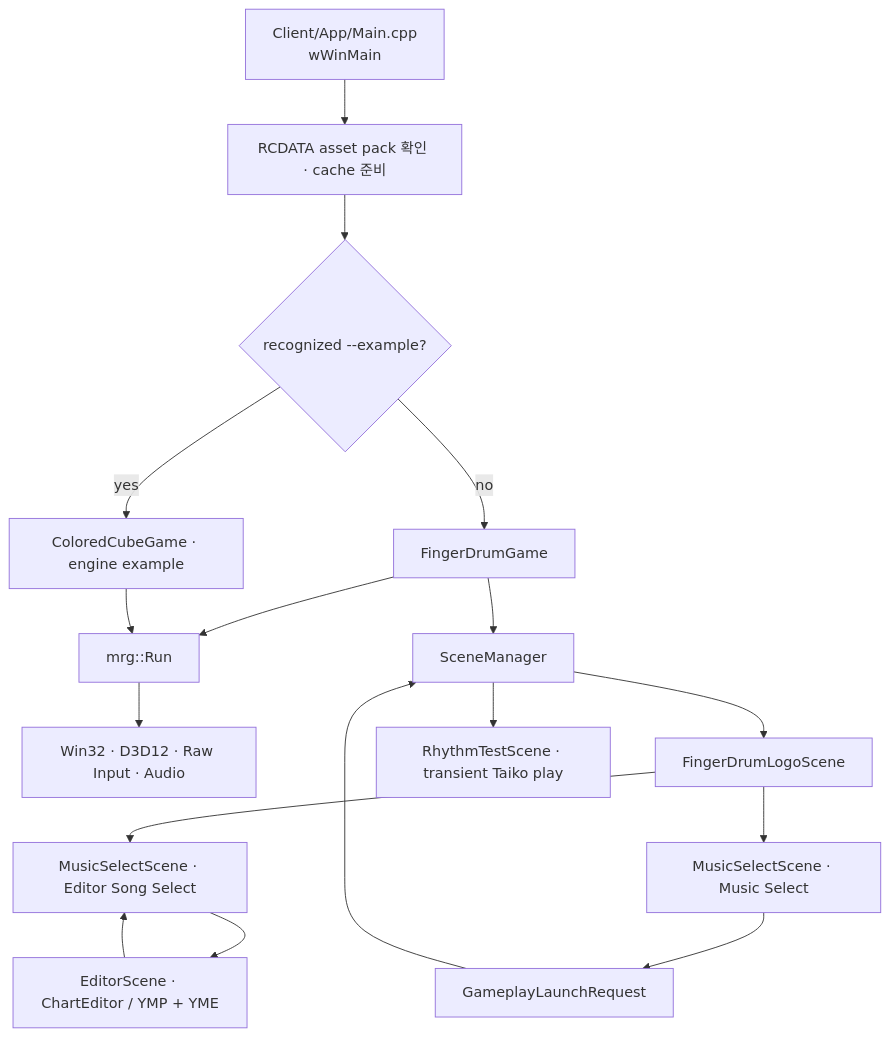
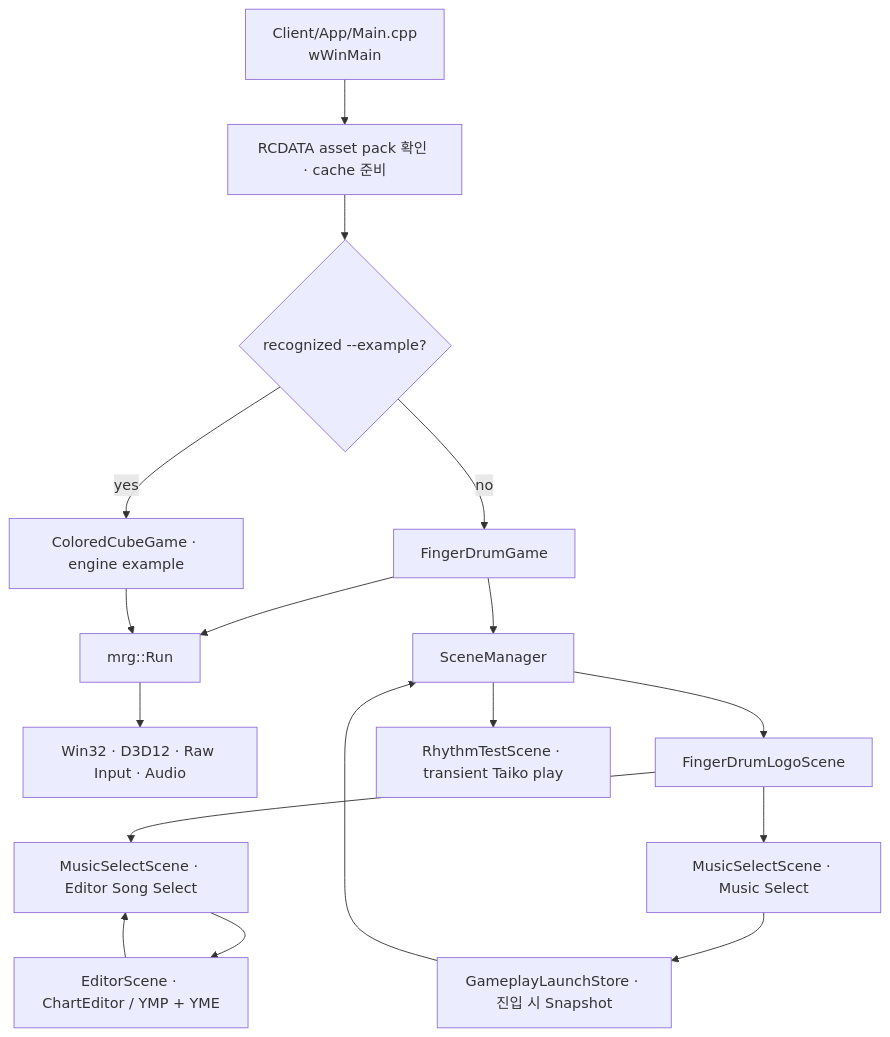
One commit to 4dblackhole/MyRhythmGame-Client changed the diagram in Docs/ExecutionFlow.md. Above: the diagram before and after it, drawn with Mermaid. The commit also changed other lines of this file and 175 other files, not shown here.

````diff
--- a/Docs/ExecutionFlow.md
+++ b/Docs/ExecutionFlow.md
@@ -6,19 +6,19 @@
 ```mermaid
 flowchart TD
     Entry["Client/App/Main.cpp\nwWinMain"] --> Assets["RCDATA asset pack 확인 · cache 준비"]
     Assets --> Route{"recognized --example?"}
     Route -->|"no"| Game["FingerDrumGame"]
     Route -->|"yes"| Example["ColoredCubeGame · engine example"]
     Game --> Run["mrg::Run"]
     Example --> Run
     Run --> Systems["Win32 · D3D12 · Raw Input · Audio"]
     Game --> Manager["SceneManager"]
     Manager --> Logo["FingerDrumLogoScene"]
     Logo --> Lobby["MusicSelectScene · Music Select"]
     Logo --> EditorSelect["MusicSelectScene · Editor Song Select"]
     EditorSelect --> Editor["EditorScene · ChartEditor / YMP + YME"]
     Editor --> EditorSelect
-    Lobby --> Request["GameplayLaunchRequest"]
+    Lobby --> Request["GameplayLaunchStore · 진입 시 Snapshot"]
     Request --> Manager
     Manager --> Test["RhythmTestScene · transient Taiko play"]
 ```
````
